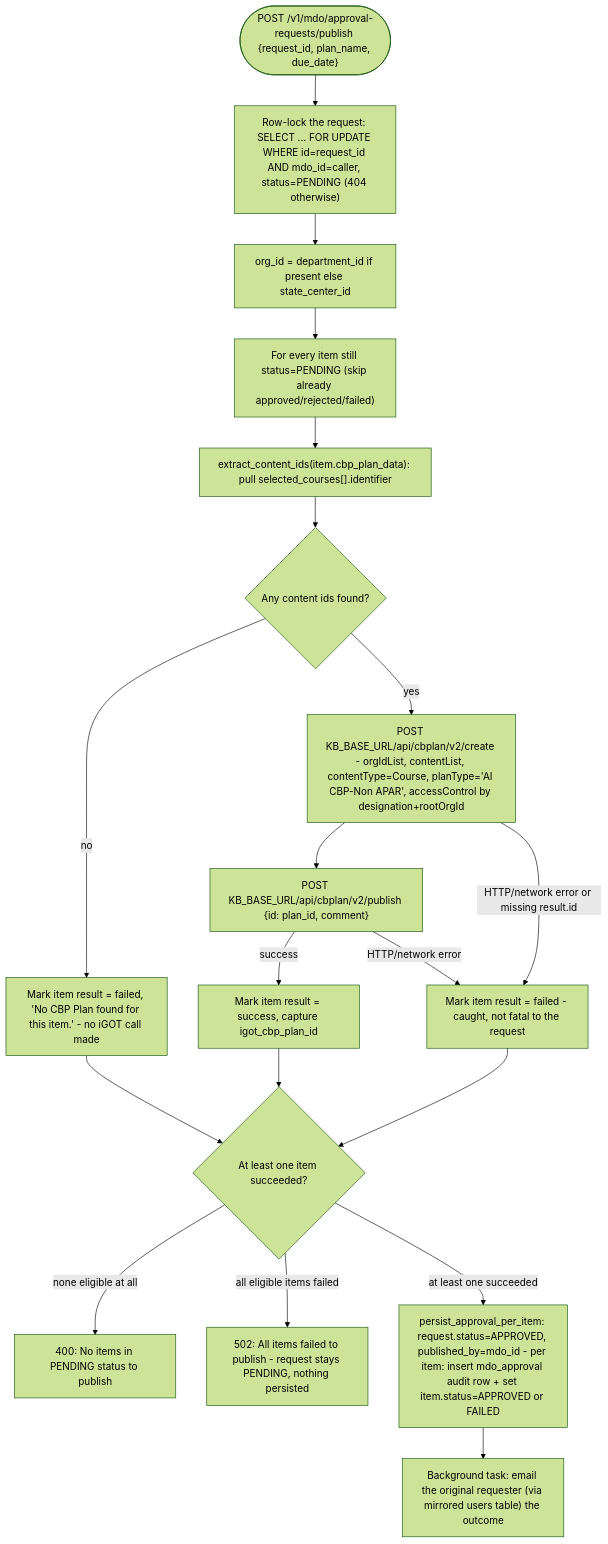
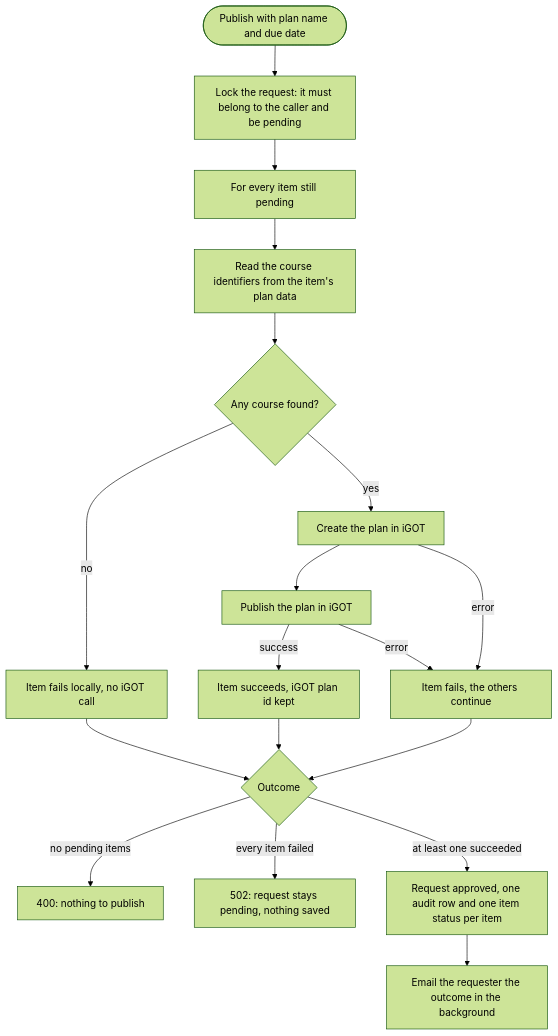
One commit to KB-iGOT/igot-docs changed the seventh of 12 diagrams in docs/learning-hub/ai-cbp-tool/lld.md. Above: the diagram before and after it, drawn with Mermaid (forest theme). The commit also changed other lines of this file and 18 other files, not shown here.

First line of the commit message:
docs(ai-cbp-tool): restructure the LLD with validation flows and real routes

````diff
--- a/docs/learning-hub/ai-cbp-tool/lld.md
+++ b/docs/learning-hub/ai-cbp-tool/lld.md
@@ -204,22 +595,21 @@
 ```mermaid
 flowchart TD
-    Start(["POST /v1/mdo/approval-requests/publish {request_id, plan_name, due_date}"]) --> Lock["Row-lock the request: SELECT ... FOR UPDATE WHERE id=request_id AND mdo_id=caller, status=PENDING (404 otherwise)"]
-    Lock --> OrgId["org_id = department_id if present else state_center_id"]
-    OrgId --> Loop["For every item still status=PENDING (skip already approved/rejected/failed)"]
-    Loop --> Extract["extract_content_ids(item.cbp_plan_data): pull selected_courses[].identifier"]
-    Extract --> HasIds{"Any content ids found?"}
-    HasIds -- no --> LocalFail["Mark item result = failed, 'No CBP Plan found for this item.' - no iGOT call made"]
-    HasIds -- yes --> Create["POST KB_BASE_URL/api/cbplan/v2/create - orgIdList, contentList, contentType=Course, planType='AI CBP-Non APAR', accessControl by designation+rootOrgId"]
-    Create --> Publish["POST KB_BASE_URL/api/cbplan/v2/publish {id: plan_id, comment}"]
-    Publish -->|success| ItemOk["Mark item result = success, capture igot_cbp_plan_id"]
-    Create -->|HTTP/network error or missing result.id| ItemFail["Mark item result = failed - caught, not fatal to the request"]
-    Publish -->|HTTP/network error| ItemFail
+    Start(["Publish with plan name and due date"]) --> Lock["Lock the request: it must belong to the caller and be pending"]
+    Lock --> Loop["For every item still pending"]
+    Loop --> Extract["Read the course identifiers from the item's plan data"]
+    Extract --> HasIds{"Any course found?"}
+    HasIds -- no --> LocalFail["Item fails locally, no iGOT call"]
+    HasIds -- yes --> Create["Create the plan in iGOT"]
+    Create --> Publish["Publish the plan in iGOT"]
+    Publish -->|success| ItemOk["Item succeeds, iGOT plan id kept"]
+    Create -->|error| ItemFail["Item fails, the others continue"]
+    Publish -->|error| ItemFail
     LocalFail --> Tally
     ItemOk --> Tally
     ItemFail --> Tally
-    Tally{"At least one item succeeded?"}
-    Tally -- "none eligible at all" --> Err400["400: No items in PENDING status to publish"]
-    Tally -- "all eligible items failed" --> Err502["502: All items failed to publish - request stays PENDING, nothing persisted"]
-    Tally -- "at least one succeeded" --> Persist["persist_approval_per_item: request.status=APPROVED, published_by=mdo_id - per item: insert mdo_approval audit row + set item.status=APPROVED or FAILED"]
-    Persist --> Email["Background task: email the original requester (via mirrored users table) the outcome"]
+    Tally{"Outcome"}
+    Tally -- "no pending items" --> Err400["400: nothing to publish"]
+    Tally -- "every item failed" --> Err502["502: request stays pending, nothing saved"]
+    Tally -- "at least one succeeded" --> Persist["Request approved, one audit row and one item status per item"]
+    Persist --> Email["Email the requester the outcome in the background"]
 ```
````
